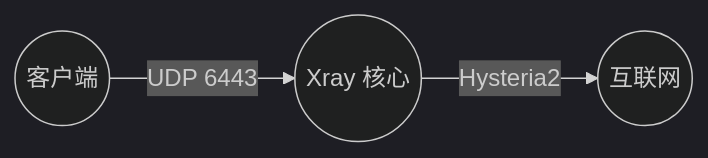
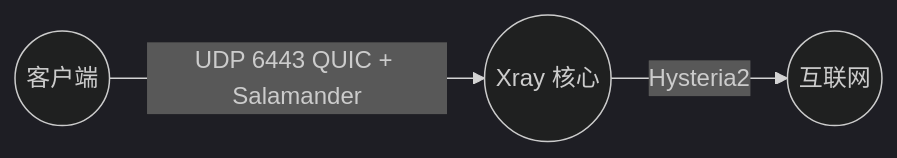
Before and after one commit to currycan/sb-xray: the third of 17 diagrams in docs/02-protocols-and-security.md, drawn with Mermaid (dark theme). The commit also changed other lines of this file and 5 other files, not shown here.

````diff
--- a/docs/02-protocols-and-security.md
+++ b/docs/02-protocols-and-security.md
@@ -90,5 +164,5 @@
 ```mermaid
 graph LR
-    User((客户端)) -- "UDP 6443" --> Xray(("Xray 核心"))
+    User((客户端)) -- "UDP 6443 QUIC + Salamander" --> Xray(("Xray 核心"))
     Xray -- "Hysteria2" --> Internet((互联网))
 ```
````
